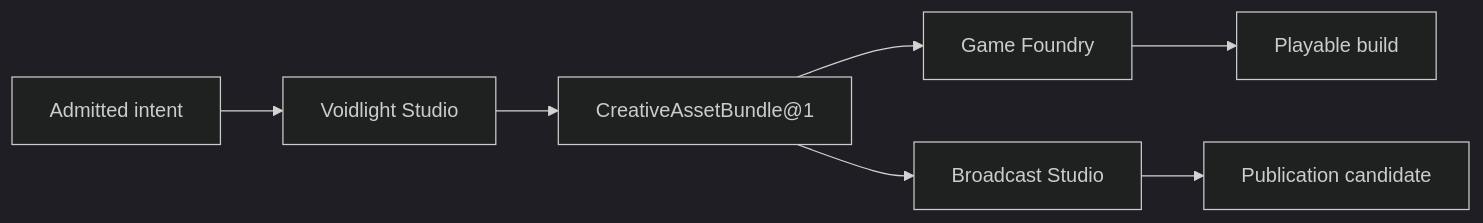
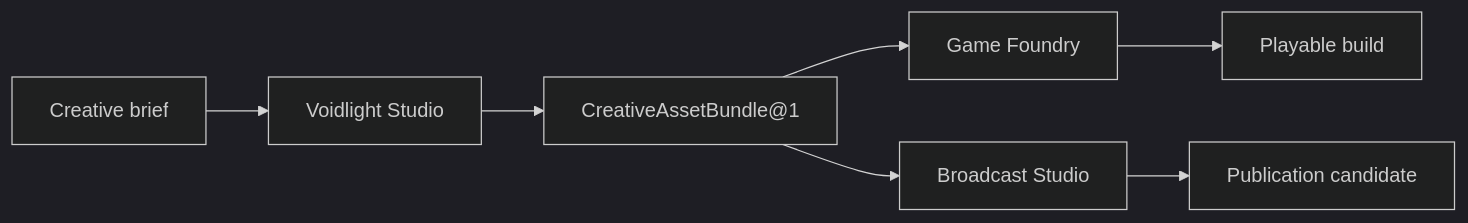
The diagram in docs/compositions/index.md (hexanomicon/lychd), drawn with Mermaid (dark theme) before and after one commit. The commit also changed other lines of this file and 112 other files, not shown here.

````diff
--- a/docs/compositions/index.md
+++ b/docs/compositions/index.md
@@ -97,9 +116,9 @@
 ```mermaid
 flowchart LR
-    I["Admitted intent"] --> V["Voidlight Studio"]
+    B["Creative brief"] --> V["Voidlight Studio"]
     V --> A["CreativeAssetBundle@1"]
     A --> G["Game Foundry"]
-    A --> B["Broadcast Studio"]
-    G --> P["Playable build"]
-    B --> R["Publication candidate"]
+    A --> P["Broadcast Studio"]
+    G --> GB["Playable build"]
+    P --> PC["Publication candidate"]
 ```
````
